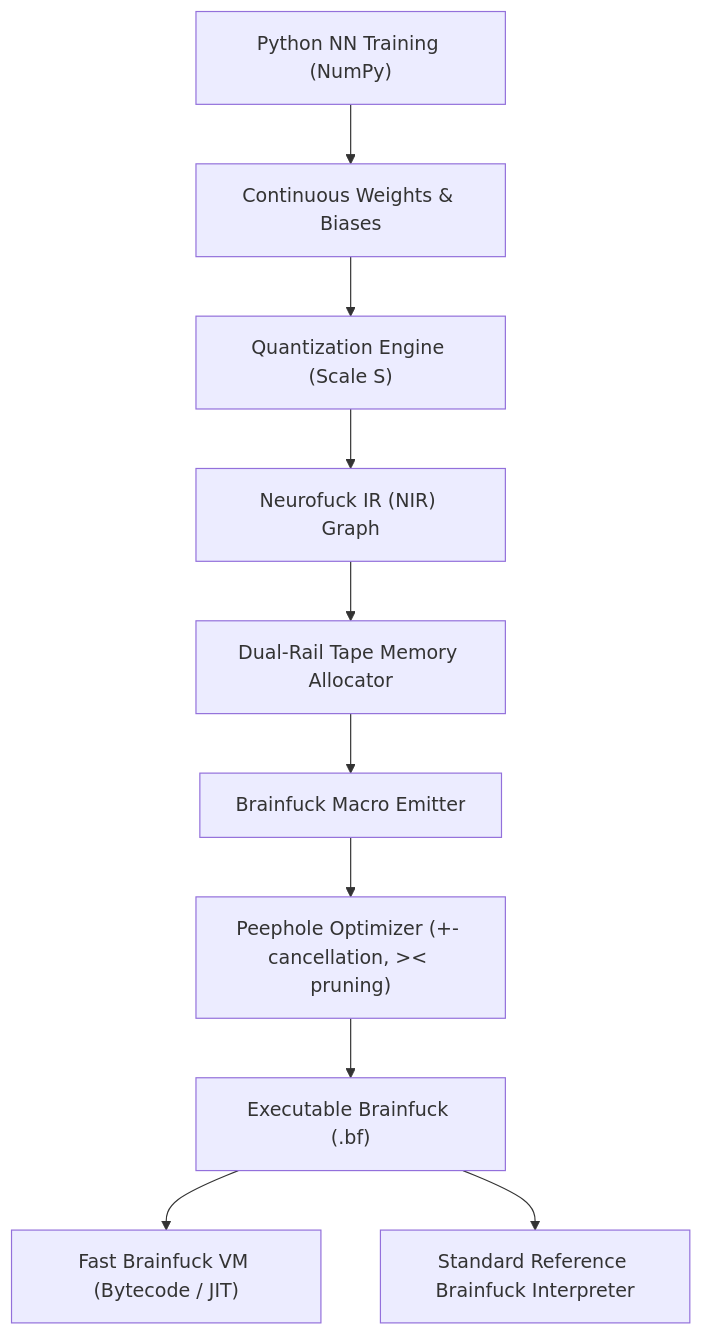
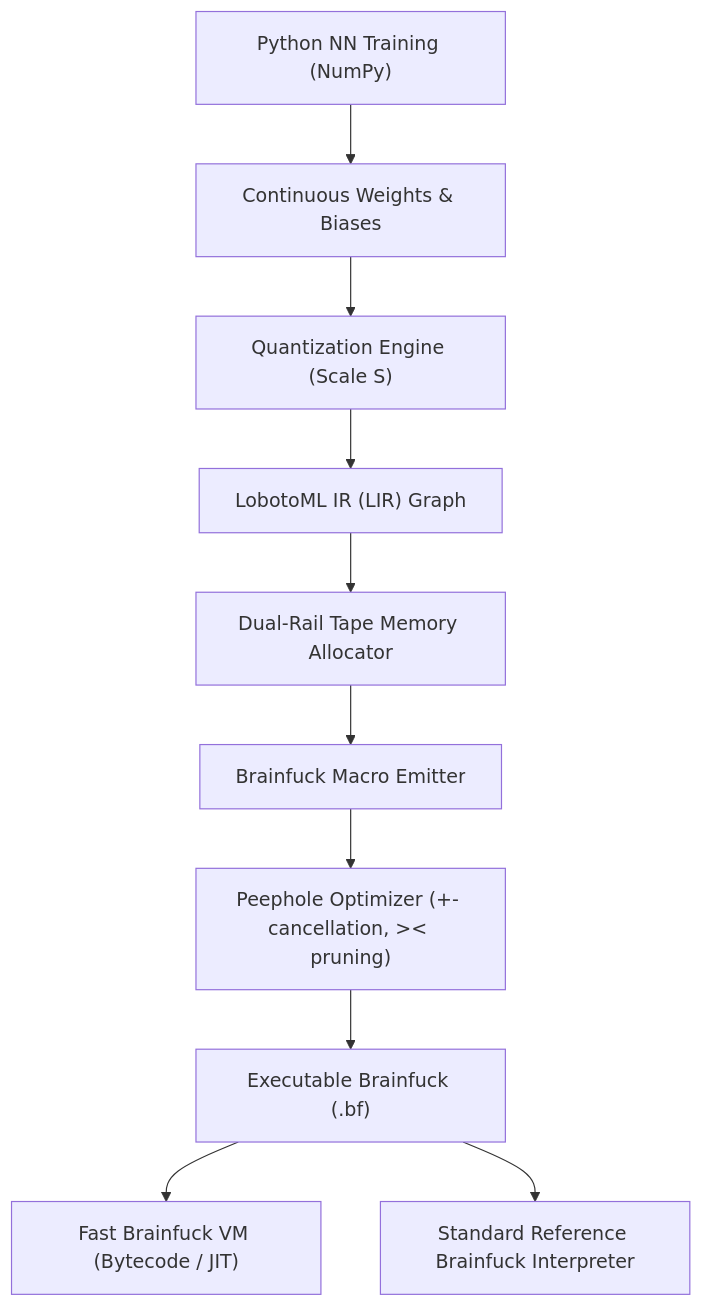
The diagram in README.md (Ad1th/lobotoml), drawn with Mermaid before and after one commit. The commit also changed other lines of this file and 37 other files, not shown here.

````diff
--- a/README.md
+++ b/README.md
@@ -62,12 +64,12 @@
 ```mermaid
 flowchart TD
     A["Python NN Training (NumPy)"] --> B["Continuous Weights & Biases"]
     B --> C["Quantization Engine (Scale S)"]
-    C --> D["Neurofuck IR (NIR) Graph"]
+    C --> D["LobotoML IR (LIR) Graph"]
     D --> E["Dual-Rail Tape Memory Allocator"]
     E --> F["Brainfuck Macro Emitter"]
     F --> G["Peephole Optimizer (+- cancellation, >< pruning)"]
     G --> H["Executable Brainfuck (.bf)"]
     H --> I["Fast Brainfuck VM (Bytecode / JIT)"]
     H --> J["Standard Reference Brainfuck Interpreter"]
 ```
````
